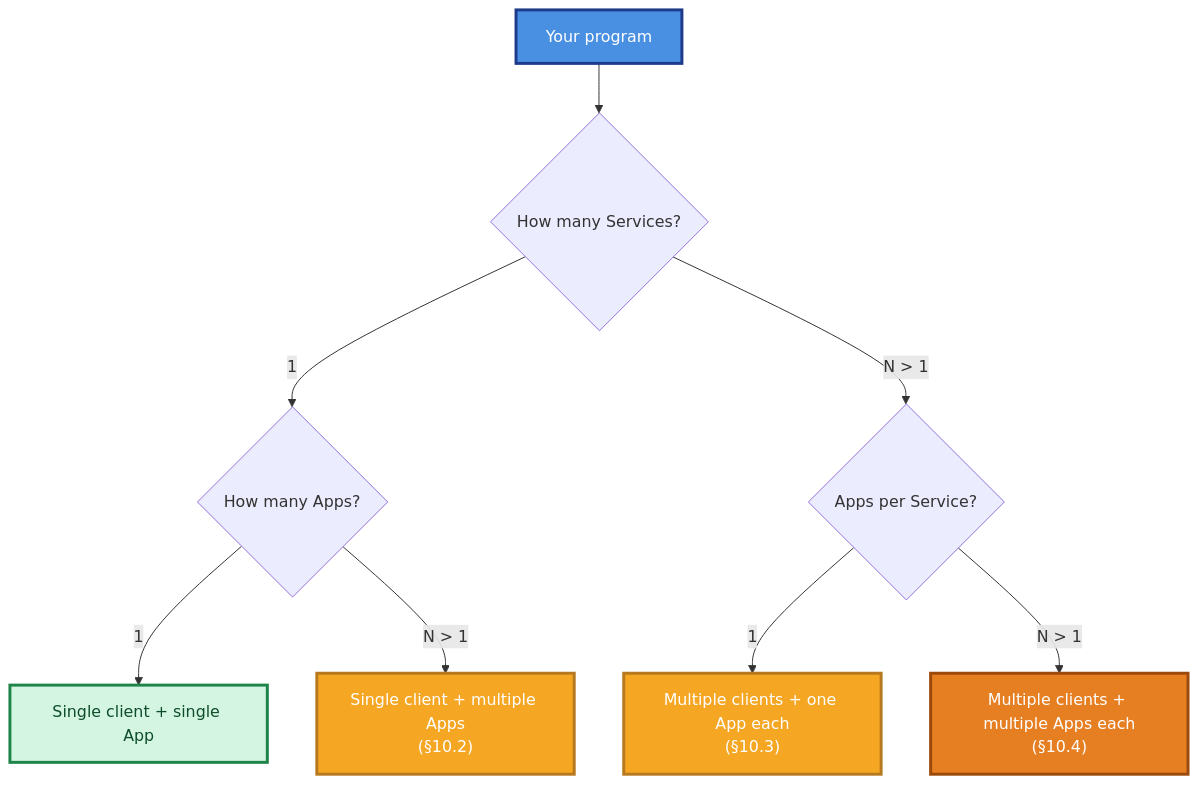
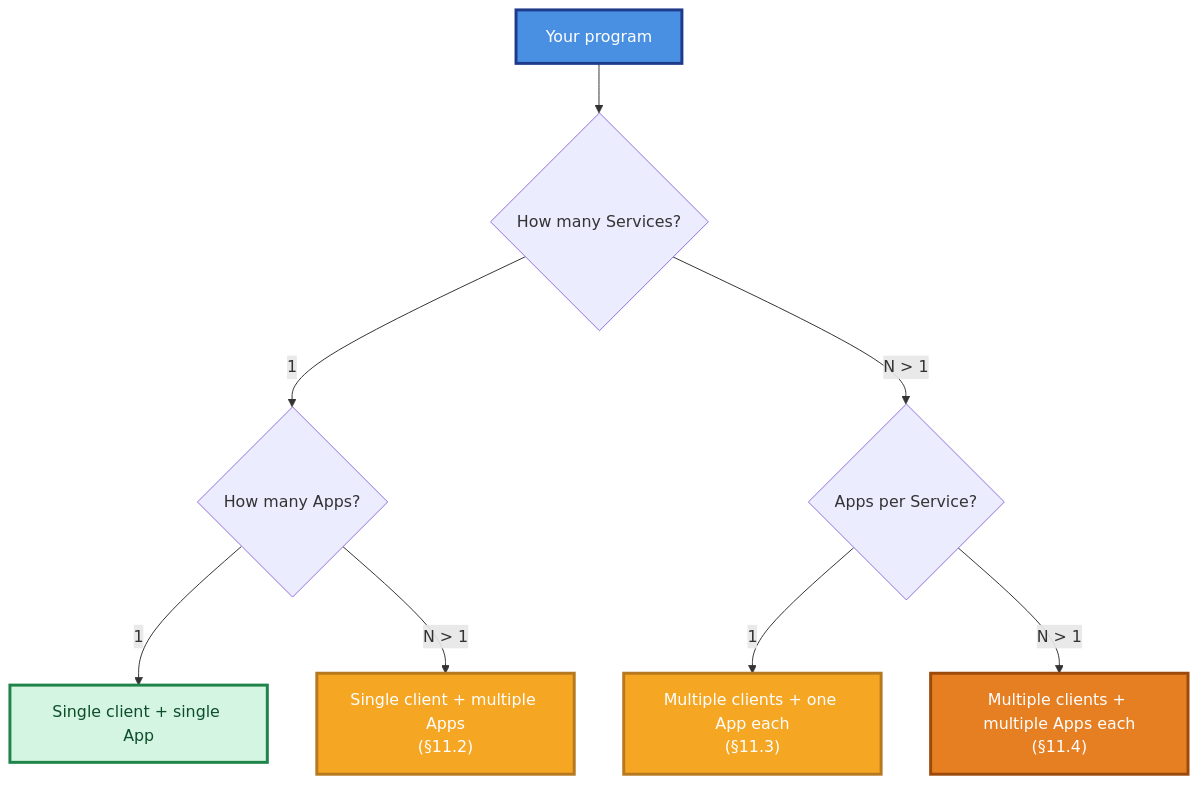
One commit to PassByYou888/LingoFuse changed diagram 23 of 26 in cpp/LingoFuse_Cpp_Knowledge_Base.md. Above: the diagram before and after it, drawn with Mermaid. The commit also changed other lines of this file and 78 other files, not shown here.

````diff
--- a/cpp/LingoFuse_Cpp_Knowledge_Base.md
+++ b/cpp/LingoFuse_Cpp_Knowledge_Base.md
@@ -1737,16 +2134,16 @@
 ```mermaid
 flowchart TD
     S["Your program"] --> Q1{"How many Services?"}
     Q1 -- 1 --> Q2{"How many Apps?"}
     Q2 -- 1 --> A["Single client + single App"]
-    Q2 -- "N > 1" --> B["Single client + multiple Apps<br/>(§10.2)"]
+    Q2 -- "N > 1" --> B["Single client + multiple Apps<br/>(§11.2)"]
     Q1 -- "N > 1" --> Q3{"Apps per Service?"}
-    Q3 -- 1 --> C["Multiple clients + one App each<br/>(§10.3)"]
-    Q3 -- "N > 1" --> D["Multiple clients + multiple Apps each<br/>(§10.4)"]
+    Q3 -- 1 --> C["Multiple clients + one App each<br/>(§11.3)"]
+    Q3 -- "N > 1" --> D["Multiple clients + multiple Apps each<br/>(§11.4)"]
 
     style S fill:#4A90E2,stroke:#1E3A8A,stroke-width:3px,color:#FFFFFF
     style A fill:#D5F5E3,stroke:#1E8449,stroke-width:3px,color:#0E4D2A
     style B fill:#F5A623,stroke:#B7791F,stroke-width:3px,color:#FFFFFF
     style C fill:#F5A623,stroke:#B7791F,stroke-width:3px,color:#FFFFFF
     style D fill:#E67E22,stroke:#9C4A0C,stroke-width:3px,color:#FFFFFF
 ```
````
